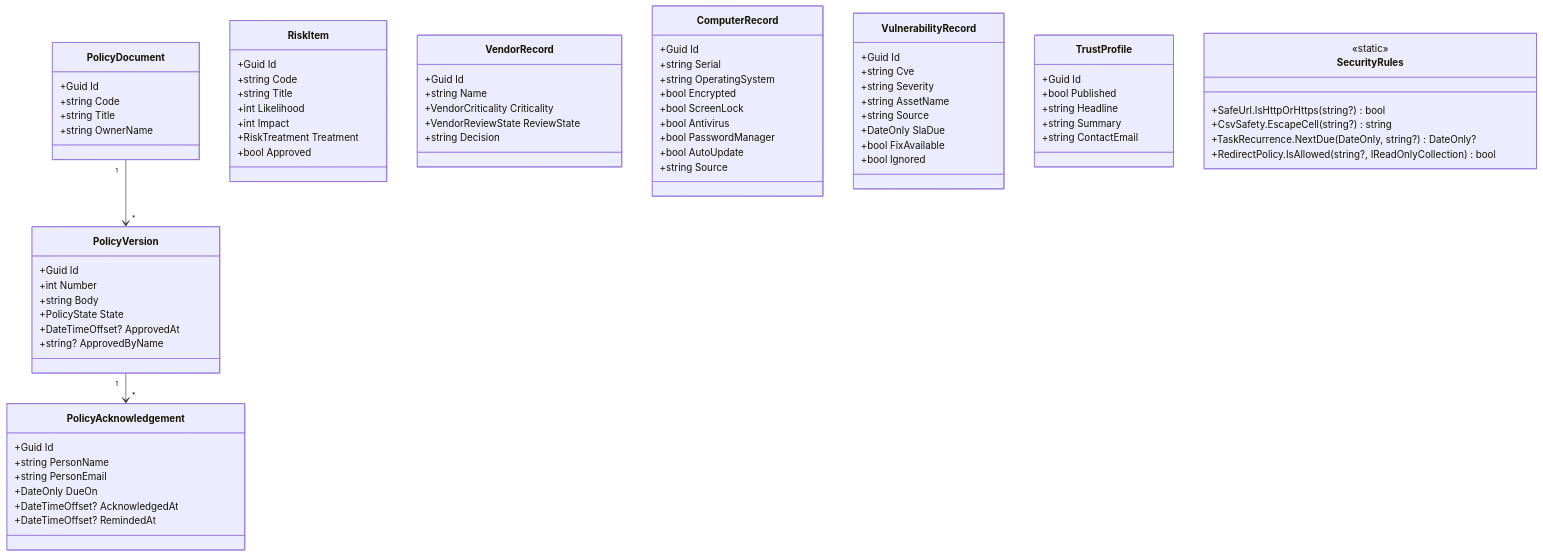
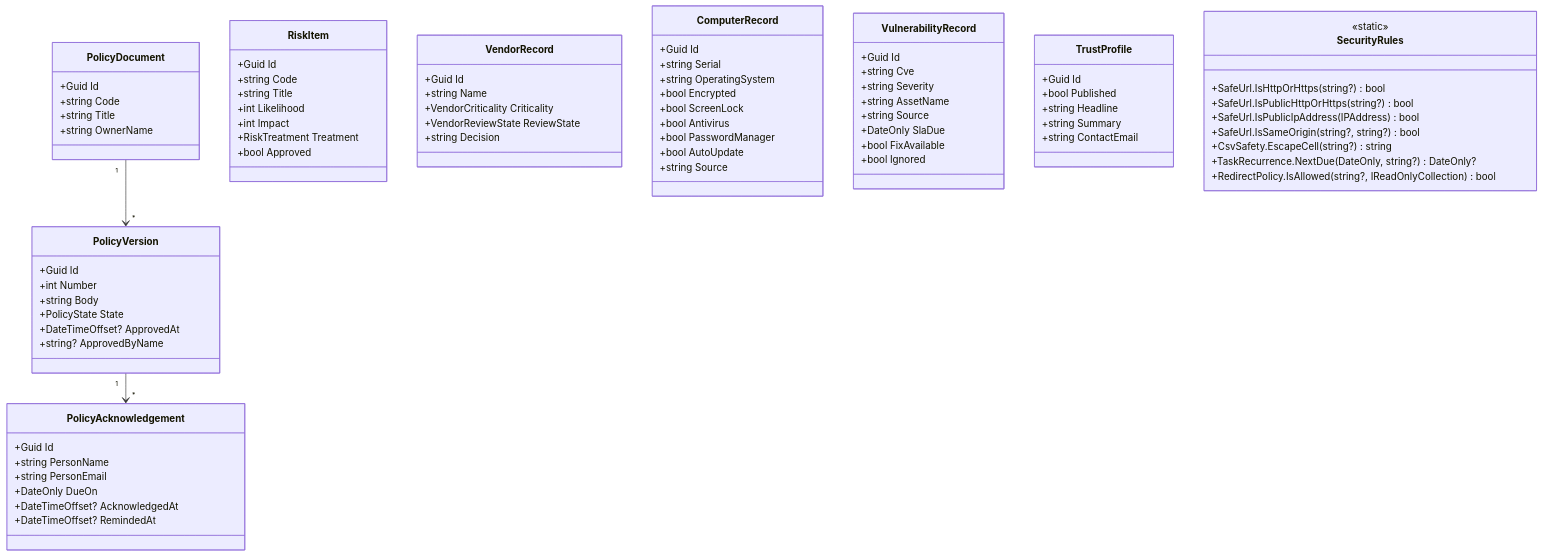
Before and after one commit to cvpeceee/D2DAuditServices: the third of 6 diagrams in docs/CLASS_DIAGRAMS.md, drawn with Mermaid. The commit also changed other lines of this file and 68 other files, not shown here.

````diff
--- a/docs/CLASS_DIAGRAMS.md
+++ b/docs/CLASS_DIAGRAMS.md
@@ -173,79 +181,82 @@
 ```mermaid
 classDiagram
     class PolicyDocument {
         +Guid Id
         +string Code
         +string Title
         +string OwnerName
     }
     class PolicyVersion {
         +Guid Id
         +int Number
         +string Body
         +PolicyState State
         +DateTimeOffset? ApprovedAt
         +string? ApprovedByName
     }
     class PolicyAcknowledgement {
         +Guid Id
         +string PersonName
         +string PersonEmail
         +DateOnly DueOn
         +DateTimeOffset? AcknowledgedAt
         +DateTimeOffset? RemindedAt
     }
     class RiskItem {
         +Guid Id
         +string Code
         +string Title
         +int Likelihood
         +int Impact
         +RiskTreatment Treatment
         +bool Approved
     }
     class VendorRecord {
         +Guid Id
         +string Name
         +VendorCriticality Criticality
         +VendorReviewState ReviewState
         +string Decision
     }
     class ComputerRecord {
         +Guid Id
         +string Serial
         +string OperatingSystem
         +bool Encrypted
         +bool ScreenLock
         +bool Antivirus
         +bool PasswordManager
         +bool AutoUpdate
         +string Source
     }
     class VulnerabilityRecord {
         +Guid Id
         +string Cve
         +string Severity
         +string AssetName
         +string Source
         +DateOnly SlaDue
         +bool FixAvailable
         +bool Ignored
     }
     class TrustProfile {
         +Guid Id
         +bool Published
         +string Headline
         +string Summary
         +string ContactEmail
     }
     class SecurityRules {
         <<static>>
         +SafeUrl.IsHttpOrHttps(string?) bool
+        +SafeUrl.IsPublicHttpOrHttps(string?) bool
+        +SafeUrl.IsPublicIpAddress(IPAddress) bool
+        +SafeUrl.IsSameOrigin(string?, string?) bool
         +CsvSafety.EscapeCell(string?) string
         +TaskRecurrence.NextDue(DateOnly, string?) DateOnly?
         +RedirectPolicy.IsAllowed(string?, IReadOnlyCollection) bool
     }
 
     PolicyDocument "1" --> "*" PolicyVersion
     PolicyVersion "1" --> "*" PolicyAcknowledgement
 ```
````
